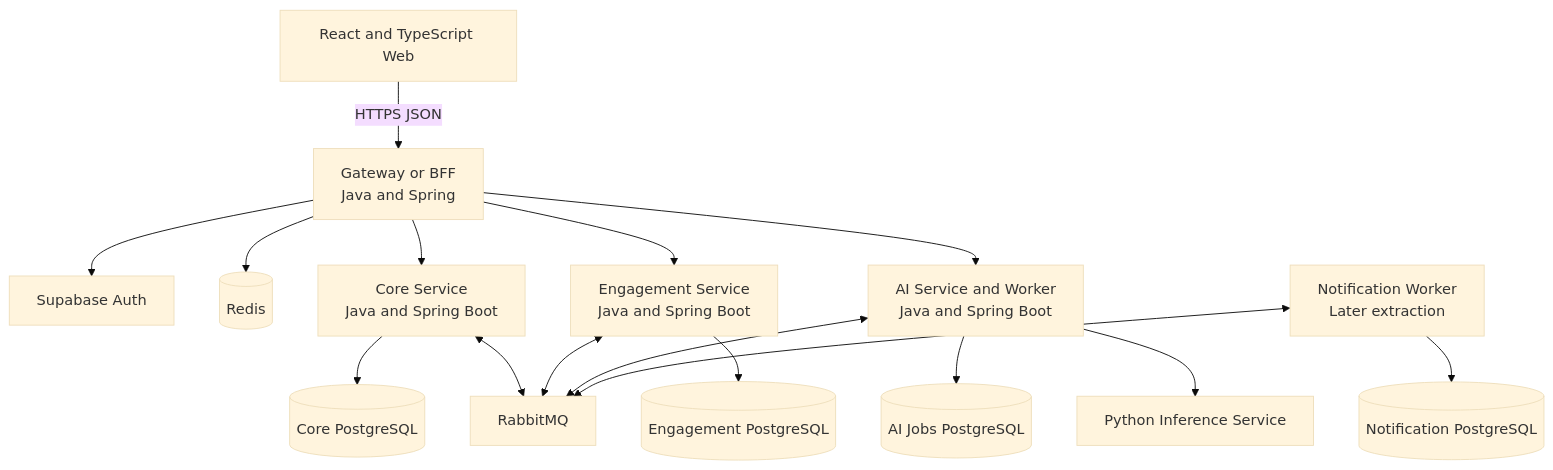
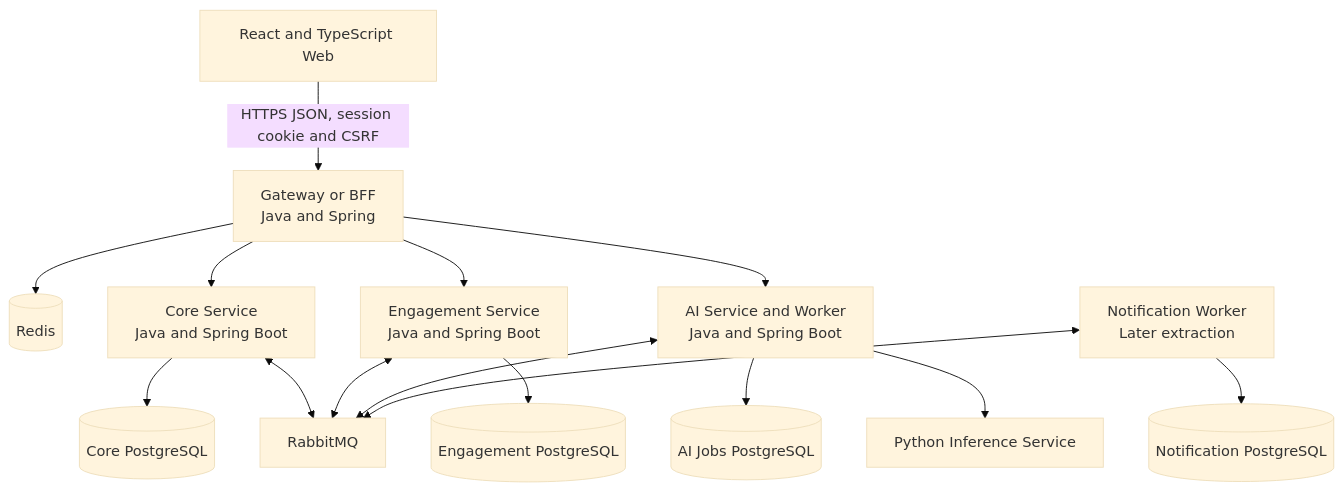
One commit to TgTrh06/project.beneath-the-pine changed the diagram in docs/04-engineering/microservices-architecture.md. Above: the diagram before and after it, drawn with Mermaid (base theme). The commit also changed other lines of this file and 19 other files, not shown here.

Commit message:
docs: document first-party auth ADR, architecture updates, data dictionary, and deployment runbooks

````diff
--- a/docs/04-engineering/microservices-architecture.md
+++ b/docs/04-engineering/microservices-architecture.md
@@ -11,33 +11,31 @@
 ```mermaid
 flowchart TB
     Web[React and TypeScript Web]
     Gateway[Gateway or BFF\nJava and Spring]
-    Auth[Supabase Auth]
     Redis[(Redis)]
     Rabbit[RabbitMQ]
     Core[Core Service\nJava and Spring Boot]
     Engagement[Engagement Service\nJava and Spring Boot]
     AI[AI Service and Worker\nJava and Spring Boot]
     Notify[Notification Worker\nLater extraction]
     Inference[Python Inference Service]
     CoreDB[(Core PostgreSQL)]
     EngagementDB[(Engagement PostgreSQL)]
     AIDB[(AI Jobs PostgreSQL)]
     NotifyDB[(Notification PostgreSQL)]
 
-    Web -->|HTTPS JSON| Gateway
-    Gateway --> Auth
+    Web -->|HTTPS JSON, session cookie and CSRF| Gateway
     Gateway --> Redis
     Gateway --> Core
     Gateway --> Engagement
     Gateway --> AI
     Core --> CoreDB
     Engagement --> EngagementDB
     AI --> AIDB
     Notify --> NotifyDB
     Core <--> Rabbit
     Engagement <--> Rabbit
     AI <--> Rabbit
     Notify <--> Rabbit
     AI --> Inference
 ```
````
